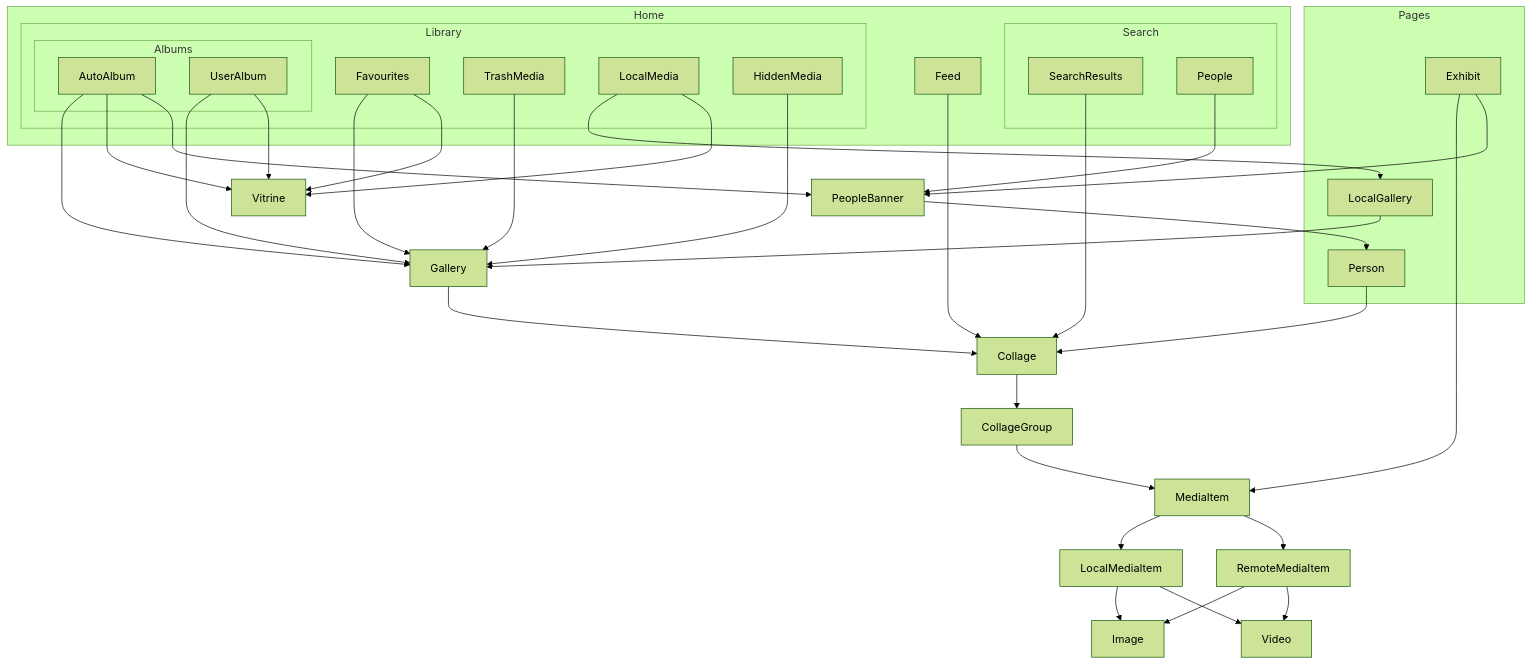
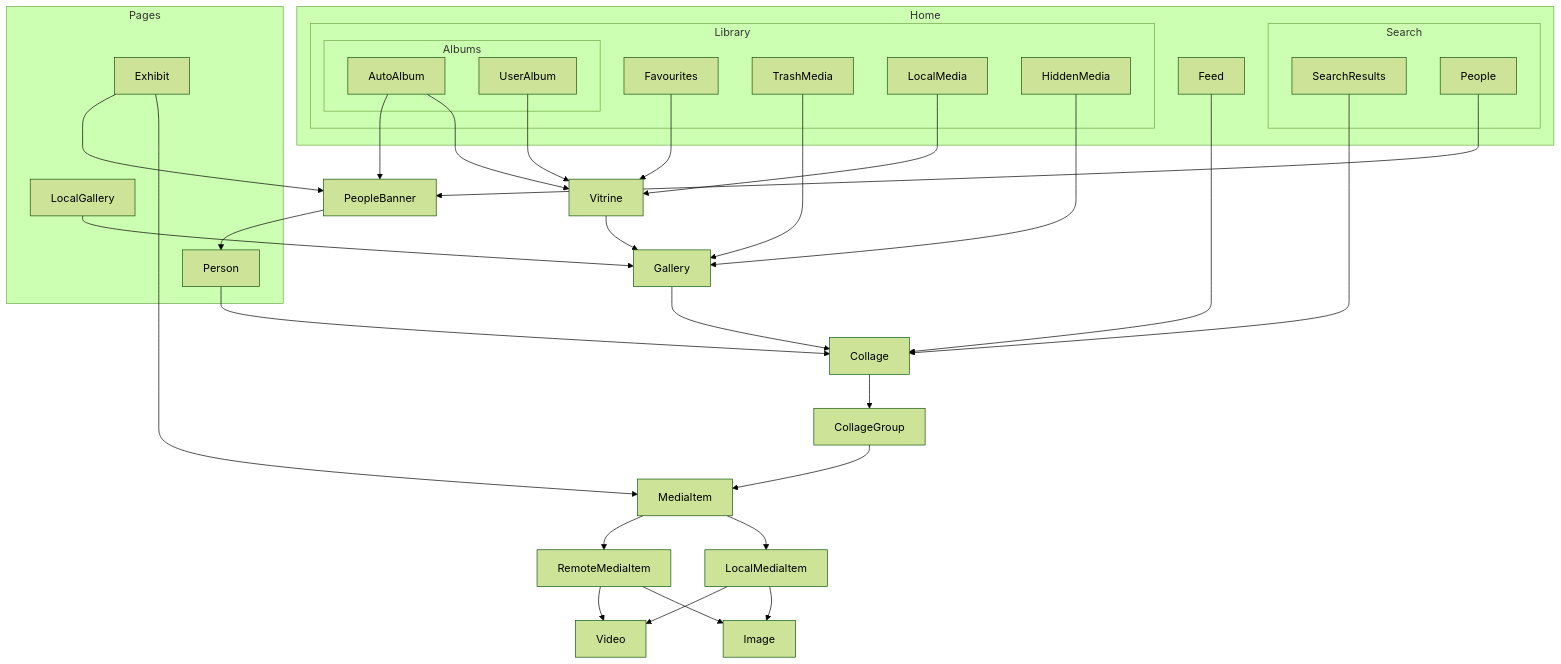
The diagram in domain-model.md (savvasdalkitsis/uhuruphotos-android), drawn with Mermaid (forest theme) before and after one commit.

Commit message:
Linking vitrine to gallery in domain-model.md

````diff
--- a/domain-model.md
+++ b/domain-model.md
@@ -5,62 +5,59 @@
 ```mermaid 
 graph TD;
 
     Gallery-->Collage
     Collage-->CollageGroup
     CollageGroup-->MediaItem
     Exhibit-->MediaItem
     MediaItem-->LocalMediaItem
     MediaItem-->RemoteMediaItem
     LocalMediaItem-->Image
     LocalMediaItem-->Video
     RemoteMediaItem-->Image
     RemoteMediaItem-->Video
-    AutoAlbum-->Gallery
-    UserAlbum-->Gallery
     AutoAlbum-->Vitrine
     UserAlbum-->Vitrine
-    Favourites-->Gallery
     Favourites-->Vitrine
+    Vitrine-->Gallery
     TrashMedia-->Gallery
-    LocalMedia-->LocalGallery
     LocalMedia-->Vitrine
     LocalGallery-->Gallery
     HiddenMedia-->Gallery
     Person-->Collage
     SearchResults-->Collage
     Feed-->Collage
     People-->PeopleBanner
     PeopleBanner-->Person
     Exhibit-->PeopleBanner
     AutoAlbum-->PeopleBanner
 
     subgraph Pages
         Person
         LocalGallery
         Exhibit
     end
 
     subgraph Search
         SearchResults
         People
     end
 
     subgraph Albums
         AutoAlbum
         UserAlbum
     end
 
     subgraph Library
         TrashMedia
         HiddenMedia
         Albums
         Favourites
         LocalMedia
     end
 
     subgraph Home
         Feed
         Search
         Library
     end
 ```
````
